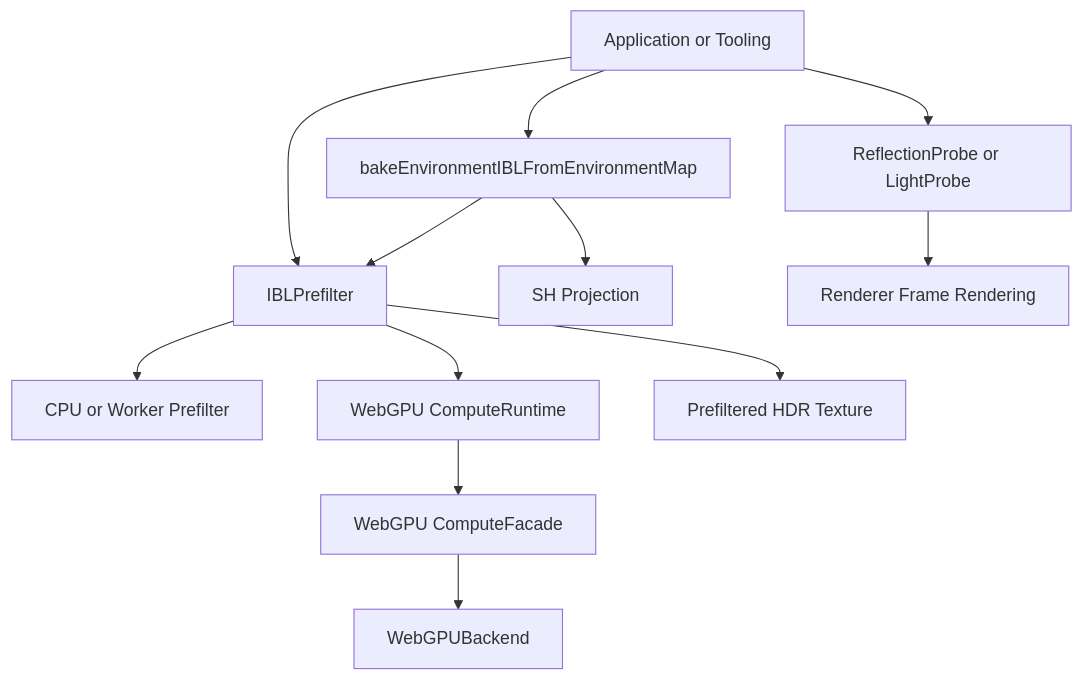
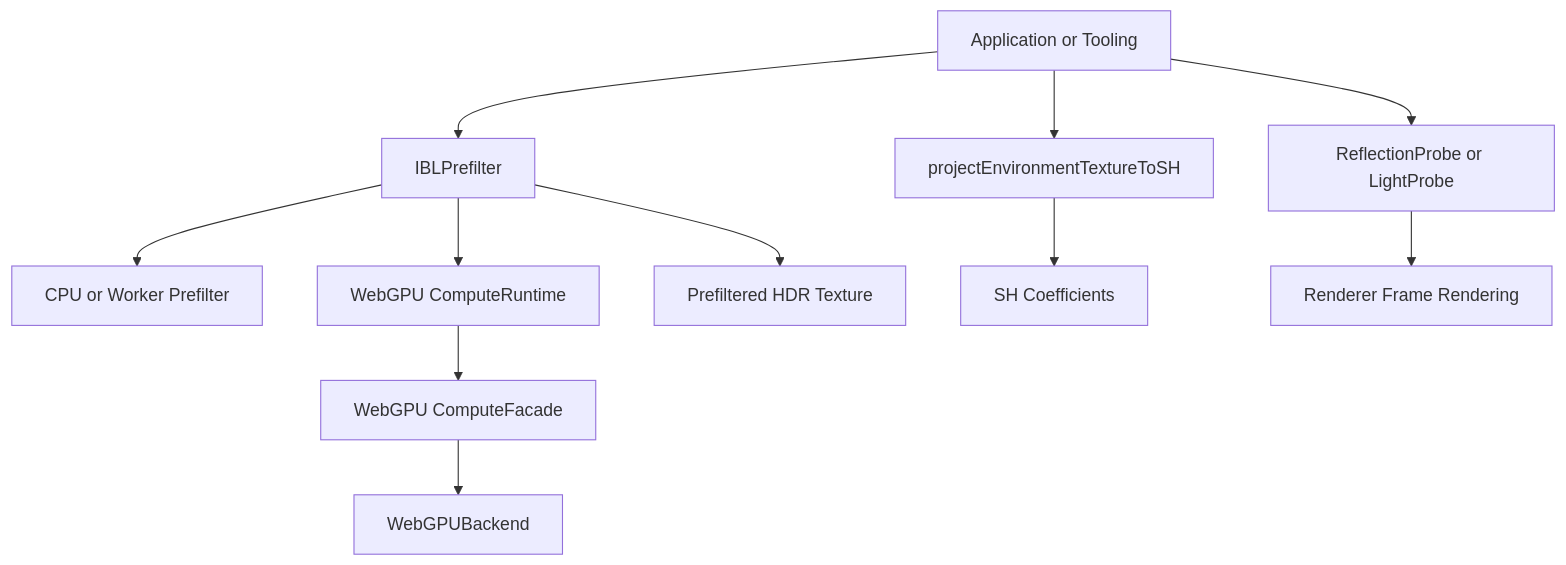
One commit to Kunelinmc/IgnisRenderer changed the diagram in docs/ibl-prefilter-contract.md. Above: the diagram before and after it, drawn with Mermaid. The commit also changed other lines of this file and 14 other files, not shown here.

````diff
--- a/docs/ibl-prefilter-contract.md
+++ b/docs/ibl-prefilter-contract.md
@@ -13,14 +15,13 @@
 ```mermaid
 flowchart TD
 	App[Application or Tooling] --> Prefilter[IBLPrefilter]
-	App --> Baker[bakeEnvironmentIBLFromEnvironmentMap]
-	Baker --> SH[SH Projection]
-	Baker --> Prefilter
+	App --> SH[projectEnvironmentTextureToSH]
 	Prefilter --> CPU[CPU or Worker Prefilter]
 	Prefilter --> GPU[WebGPU ComputeRuntime]
 	GPU --> Facade[WebGPU ComputeFacade]
 	Facade --> Backend[WebGPUBackend]
 	Prefilter --> Texture[Prefiltered HDR Texture]
+	SH --> Coefficients[SH Coefficients]
 	App --> Probe[ReflectionProbe or LightProbe]
 	Probe --> Renderer[Renderer Frame Rendering]
 ```
````
